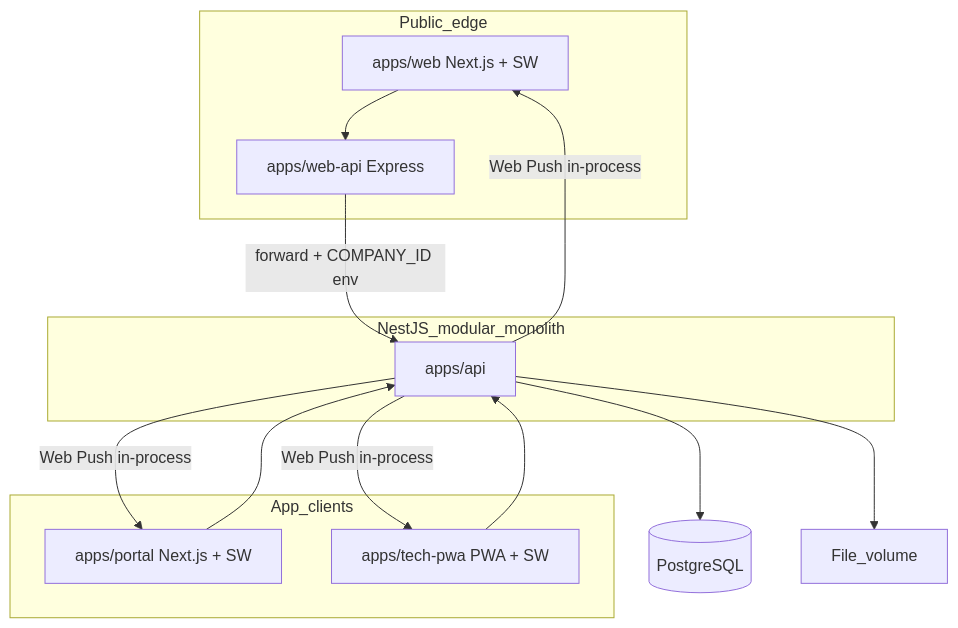
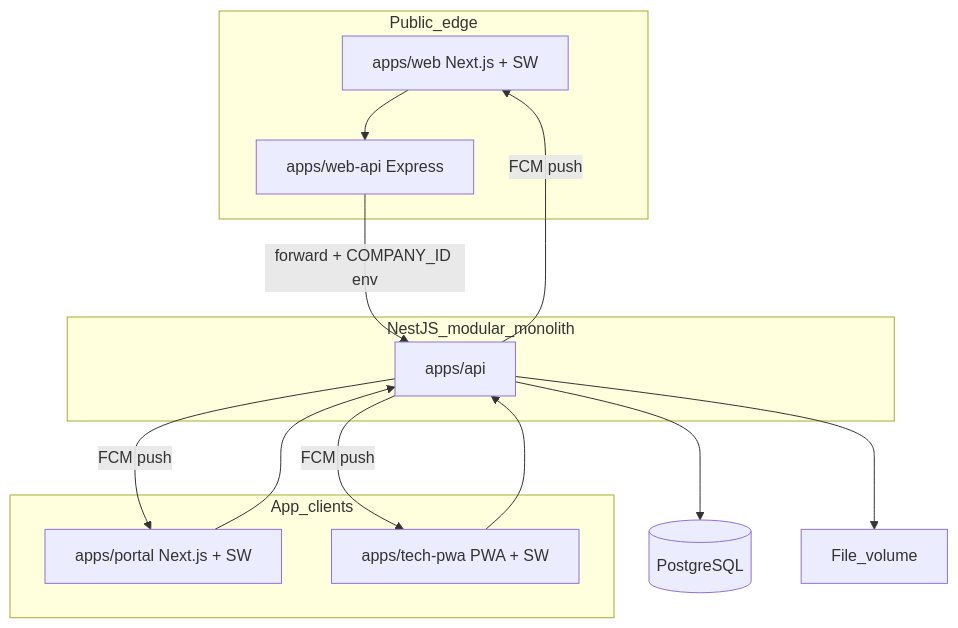
One commit to afrizahrp/medcal changed the first of 3 diagrams in docs/cursor/medcal-app_Action Plan.md. Above: the diagram before and after it, drawn with Mermaid. The commit also changed other lines of this file and 13 other files, not shown here.

````diff
--- a/docs/cursor/medcal-app_Action Plan.md
+++ b/docs/cursor/medcal-app_Action Plan.md
@@ -102,29 +103,29 @@
 ```mermaid
 flowchart TB
   subgraph public [Public_edge]
     Web["apps/web Next.js + SW"]
     WebApi["apps/web-api Express"]
   end
 
   subgraph clients [App_clients]
     Portal["apps/portal Next.js + SW"]
     TechPWA["apps/tech-pwa PWA + SW"]
   end
 
   subgraph monolith [NestJS_modular_monolith]
     Api["apps/api"]
   end
 
   PG[(PostgreSQL)]
   Files[File_volume]
 
   Web --> WebApi
   WebApi -->|"forward + COMPANY_ID env"| Api
   Portal --> Api
   TechPWA --> Api
   Api --> PG
   Api --> Files
-  Api -->|"Web Push in-process"| Web
-  Api -->|"Web Push in-process"| Portal
-  Api -->|"Web Push in-process"| TechPWA
+  Api -->|"FCM push"| Web
+  Api -->|"FCM push"| Portal
+  Api -->|"FCM push"| TechPWA
 ```
````
